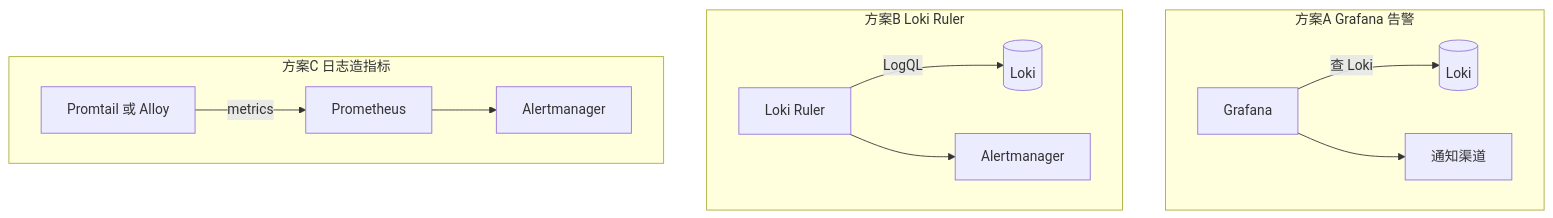
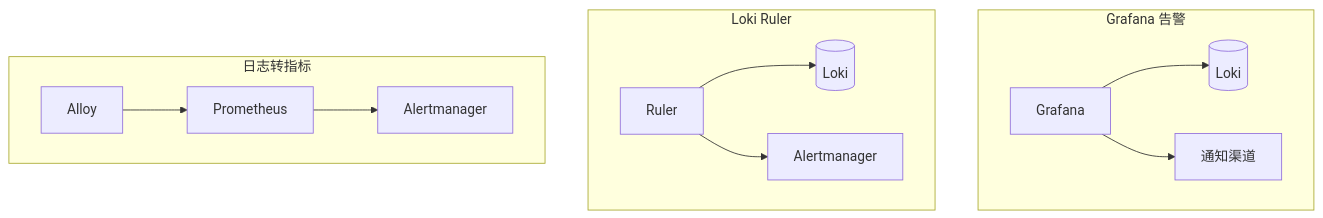
Before and after one commit to brinnatt/kubeauto: diagram 40 of 43 in docs/efk/EFK.md, drawn with Mermaid. The commit also changed other lines of this file, not shown here.

````diff
--- a/docs/efk/EFK.md
+++ b/docs/efk/EFK.md
@@ -2615,15 +2572,15 @@
 ```mermaid
 flowchart TB
-  subgraph grafana["方案A Grafana 告警"]
-    GA[Grafana] -->|查 Loki| LK[(Loki)]
-    GA --> AM1[通知渠道]
+  subgraph g1["Grafana 告警"]
+    G[Grafana] --> L[(Loki)]
+    G --> N[通知渠道]
   end
-  subgraph ruler["方案B Loki Ruler"]
-    RU[Loki Ruler] -->|LogQL| LK2[(Loki)]
-    RU --> AM2[Alertmanager]
+  subgraph g2["Loki Ruler"]
+    R[Ruler] --> L2[(Loki)]
+    R --> A[Alertmanager]
   end
-  subgraph pipe["方案C 日志造指标"]
-    AG["Promtail 或 Alloy"] -->|metrics| PR[Prometheus]
-    PR --> AM3[Alertmanager]
+  subgraph g3["日志转指标"]
+    AL[Alloy] --> P[Prometheus]
+    P --> A2[Alertmanager]
   end
 ```
````
